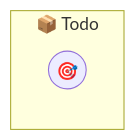
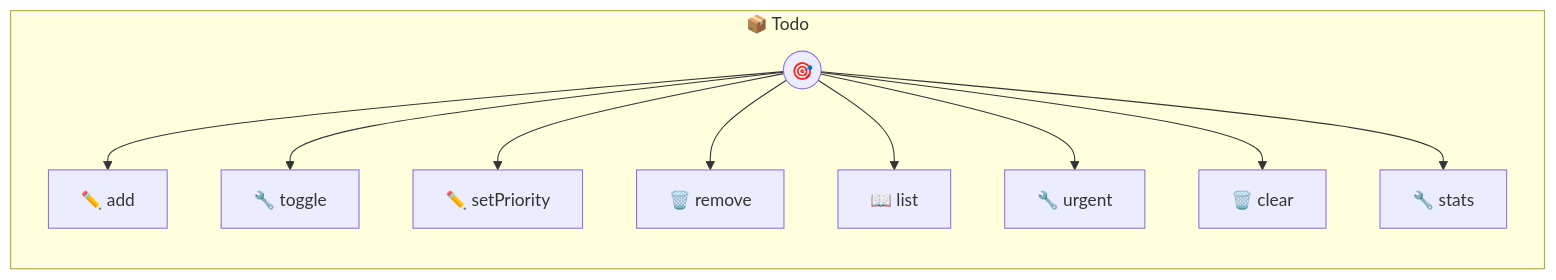
Before and after one commit to portel-dev/photons: the diagram in todo.md, drawn with Mermaid. The commit also changed other lines of this file and 13 other files, not shown here.

````diff
--- a/todo.md
+++ b/todo.md
@@ -26,7 +153,23 @@
 ```mermaid
 flowchart LR
     subgraph todo["📦 Todo"]
         direction TB
         PHOTON((🎯))
+        T0[✏️ add]
+        PHOTON --> T0
+        T1[🔧 toggle]
+        PHOTON --> T1
+        T2[✏️ setPriority]
+        PHOTON --> T2
+        T3[🗑️ remove]
+        PHOTON --> T3
+        T4[📖 list]
+        PHOTON --> T4
+        T5[🔧 urgent]
+        PHOTON --> T5
+        T6[🗑️ clear]
+        PHOTON --> T6
+        T7[🔧 stats]
+        PHOTON --> T7
     end
 ```
````
